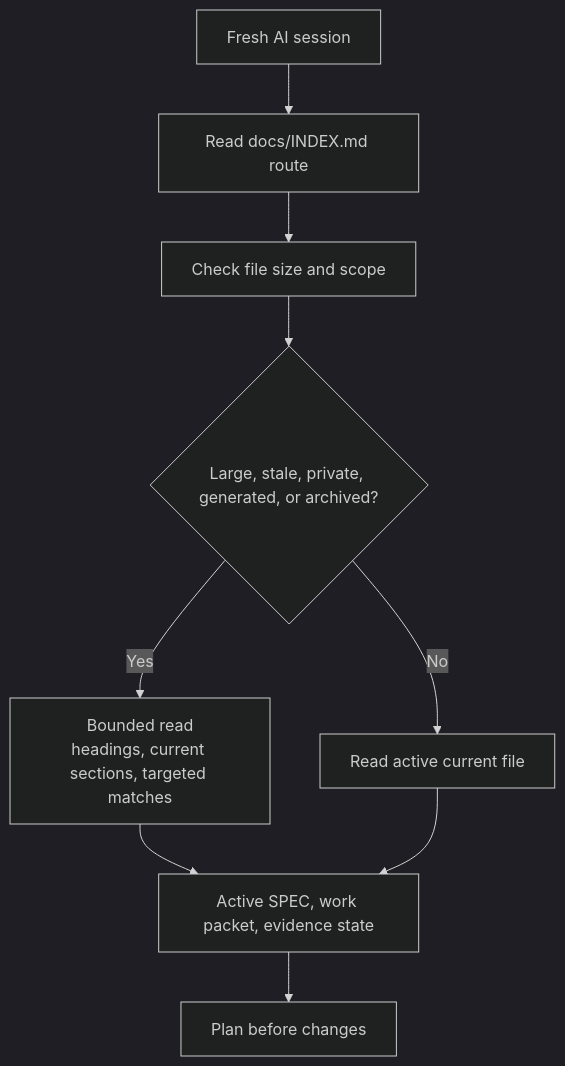
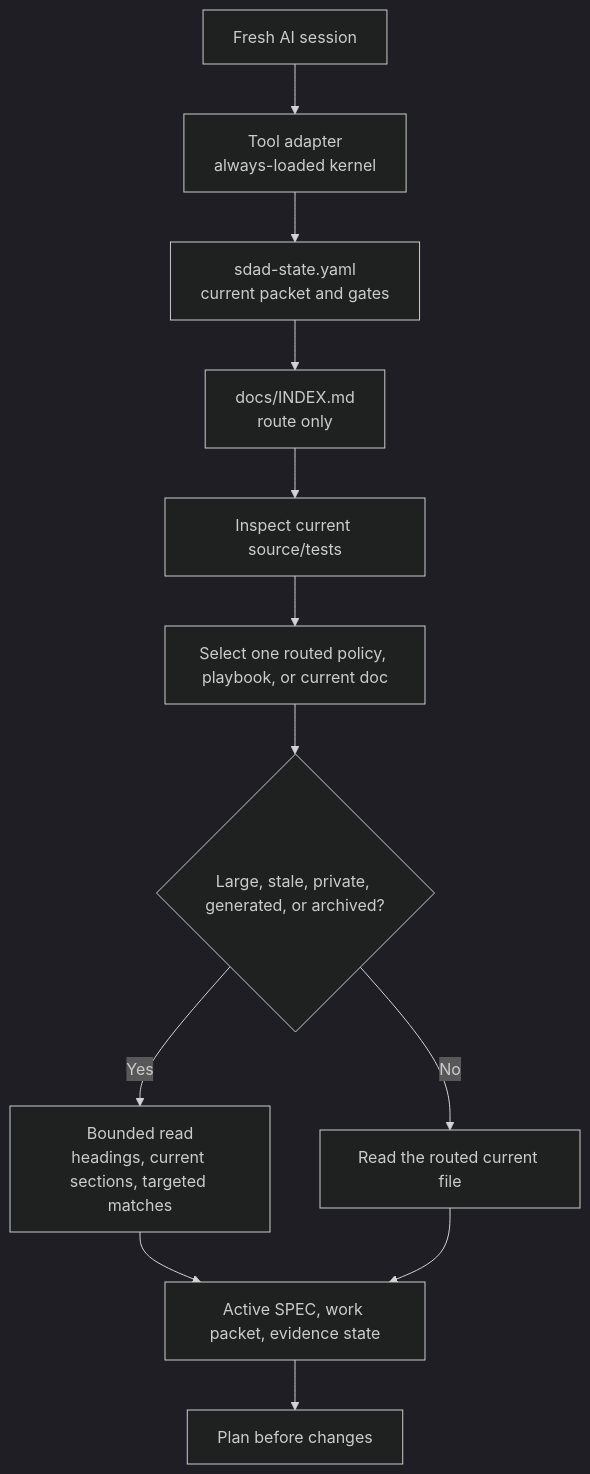
Before and after one commit to LiveTrack-X/spec-driven-ai-development: the second of 8 diagrams in docs/diagrams.md, drawn with Mermaid (dark theme). The commit also changed other lines of this file and 77 other files, not shown here.

````diff
--- a/docs/diagrams.md
+++ b/docs/diagrams.md
@@ -24,11 +24,14 @@
 ```mermaid
 flowchart TD
-    A["Fresh AI session"] --> B["Read docs/INDEX.md route"]
-    B --> C["Check file size and scope"]
-    C --> D{"Large, stale, private, generated, or archived?"}
-    D -- "Yes" --> E["Bounded read\nheadings, current sections, targeted matches"]
-    D -- "No" --> F["Read active current file"]
-    E --> G["Active SPEC, work packet, evidence state"]
-    F --> G
-    G --> H["Plan before changes"]
+    A["Fresh AI session"] --> B["Tool adapter\nalways-loaded kernel"]
+    B --> C["sdad-state.yaml\ncurrent packet and gates"]
+    C --> D["docs/INDEX.md\nroute only"]
+    D --> E["Inspect current source/tests"]
+    E --> F["Select one routed policy, playbook, or current doc"]
+    F --> G{"Large, stale, private, generated, or archived?"}
+    G -- "Yes" --> H["Bounded read\nheadings, current sections, targeted matches"]
+    G -- "No" --> I["Read the routed current file"]
+    H --> J["Active SPEC, work packet, evidence state"]
+    I --> J
+    J --> K["Plan before changes"]
 ```
````
